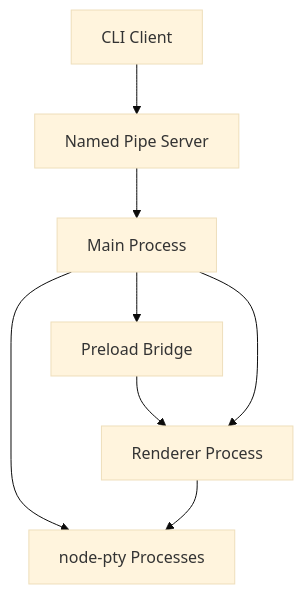
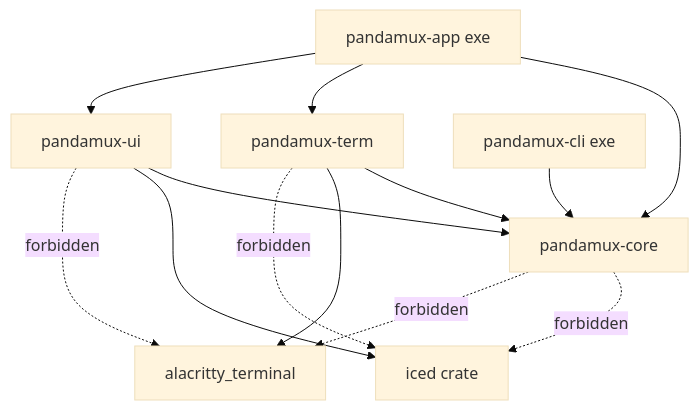
One commit to BoardPandas/Pandamux changed the first of 2 diagrams in docs/core/ARCHITECTURE.md. Above: the diagram before and after it, drawn with Mermaid (base theme). The commit also changed other lines of this file and 25 other files, not shown here.

````diff
--- a/docs/core/ARCHITECTURE.md
+++ b/docs/core/ARCHITECTURE.md
@@ -45,10 +48,22 @@
 ```mermaid
 graph TD
-    Main["Main Process"] --> Preload["Preload Bridge"]
-    Preload --> Renderer["Renderer Process"]
-    Main --> Renderer
-    CLI["CLI Client"] --> Pipe["Named Pipe Server"]
-    Pipe --> Main
-    Main --> PTY["node-pty Processes"]
-    Renderer --> PTY
+    Core["pandamux-core"]
+    Term["pandamux-term"]
+    UI["pandamux-ui"]
+    App["pandamux-app exe"]
+    Cli["pandamux-cli exe"]
+    IcedDep["iced crate"]
+    AlacrittyDep["alacritty_terminal"]
+    App --> Core
+    App --> Term
+    App --> UI
+    Cli --> Core
+    UI --> Core
+    Term --> Core
+    UI --> IcedDep
+    Term --> AlacrittyDep
+    Core -.->|"forbidden"| IcedDep
+    Term -.->|"forbidden"| IcedDep
+    Core -.->|"forbidden"| AlacrittyDep
+    UI -.->|"forbidden"| AlacrittyDep
 ```
````
